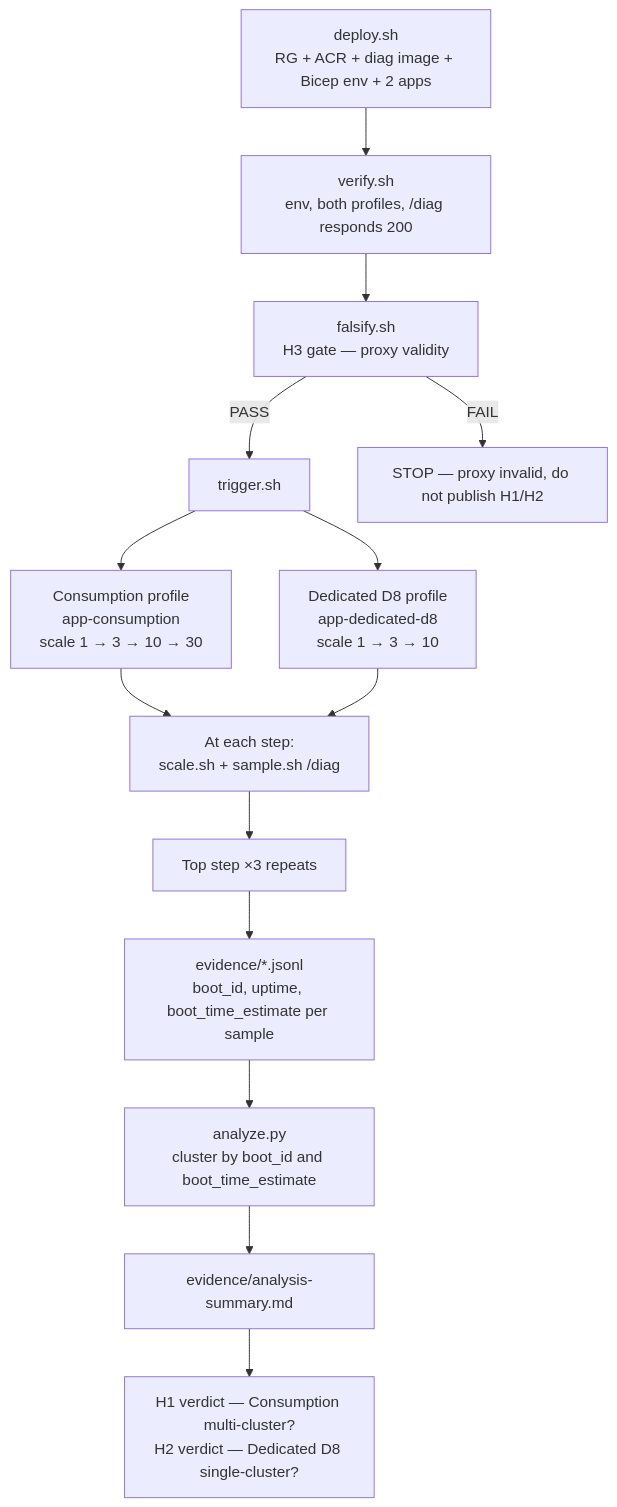
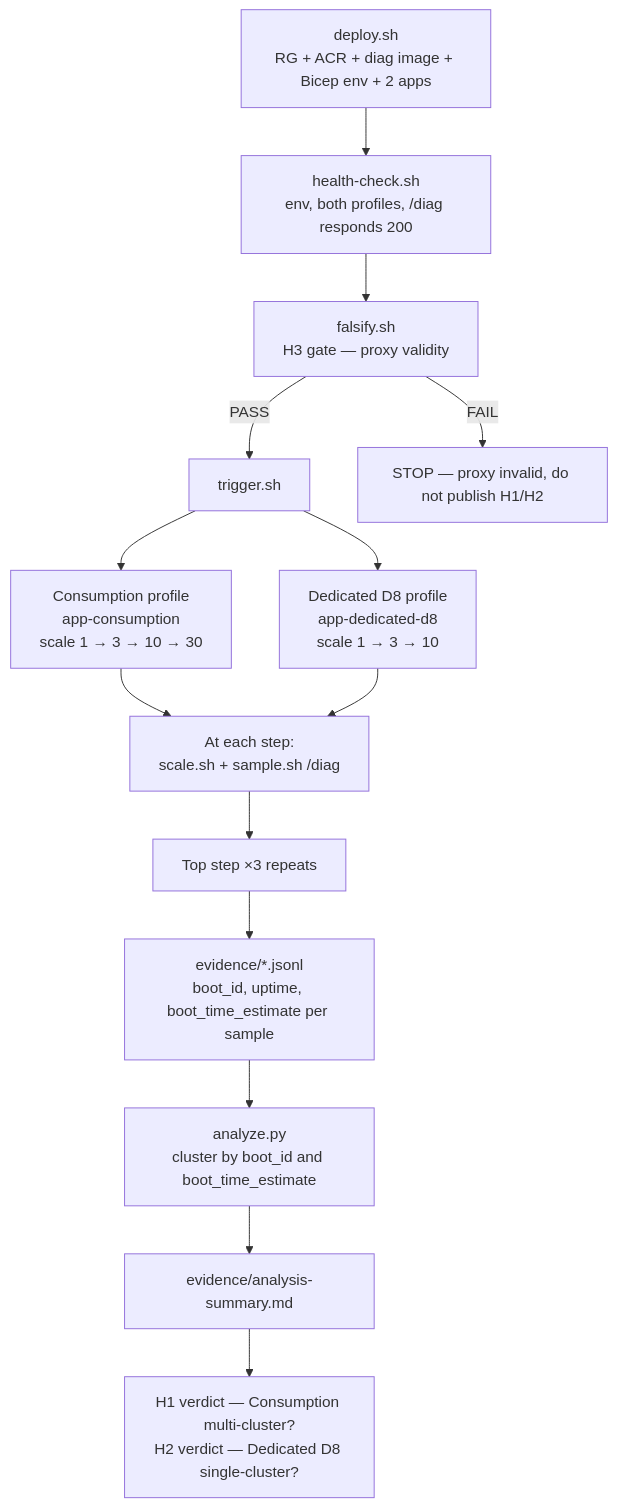
The diagram in docs/troubleshooting/lab-guides/replica-node-spread.md (yeongseon/azure-container-apps-practical-guide), drawn with Mermaid before and after one commit. The commit also changed other lines of this file and 10 other files, not shown here.

````diff
--- a/docs/troubleshooting/lab-guides/replica-node-spread.md
+++ b/docs/troubleshooting/lab-guides/replica-node-spread.md
@@ -48,16 +67,16 @@
 ```mermaid
 flowchart TD
-    A[deploy.sh<br/>RG + ACR + diag image + Bicep env + 2 apps] --> B[verify.sh<br/>env, both profiles, /diag responds 200]
+    A[deploy.sh<br/>RG + ACR + diag image + Bicep env + 2 apps] --> B[health-check.sh<br/>env, both profiles, /diag responds 200]
     B --> C[falsify.sh<br/>H3 gate — proxy validity]
     C -->|PASS| D[trigger.sh]
     C -->|FAIL| Z[STOP — proxy invalid, do not publish H1/H2]
     D --> E[Consumption profile<br/>app-consumption<br/>scale 1 → 3 → 10 → 30]
     D --> F[Dedicated D8 profile<br/>app-dedicated-d8<br/>scale 1 → 3 → 10]
     E --> G[At each step:<br/>scale.sh + sample.sh /diag]
     F --> G
     G --> H[Top step ×3 repeats]
     H --> I[evidence/*.jsonl<br/>boot_id, uptime, boot_time_estimate per sample]
     I --> J[analyze.py<br/>cluster by boot_id and boot_time_estimate]
     J --> K[evidence/analysis-summary.md]
     K --> L[H1 verdict — Consumption multi-cluster?<br/>H2 verdict — Dedicated D8 single-cluster?]
 ```
````
